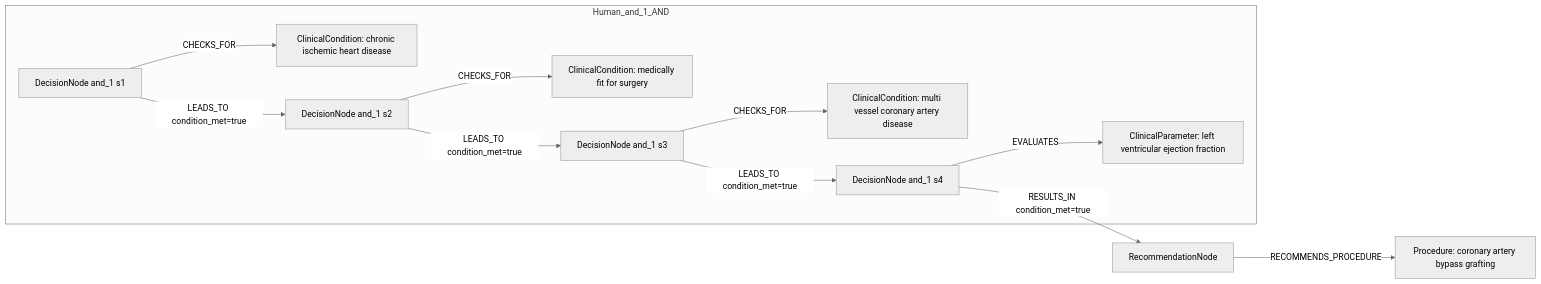
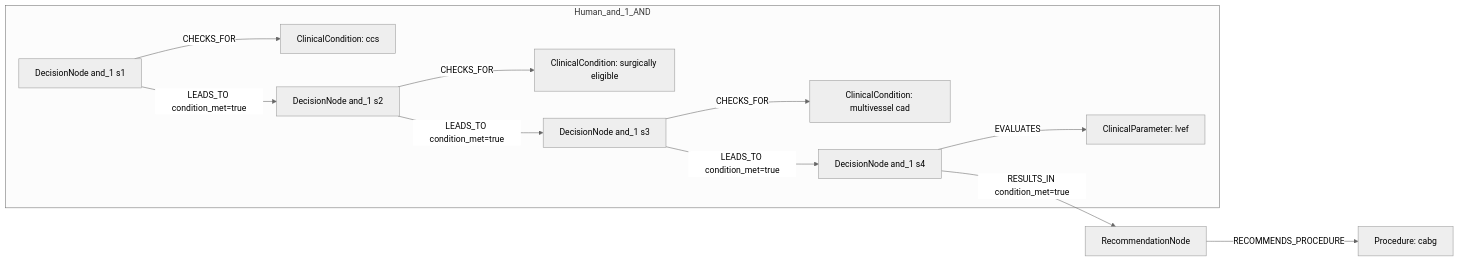
One commit to dieterich-lab/CardioGuidelinesGraph changed the first of 2 diagrams in docs/table22_rows_comparison/row_10.md. Above: the diagram before and after it, drawn with Mermaid (neutral theme). The commit also changed other lines of this file and 20 other files, not shown here.

````diff
--- a/docs/table22_rows_comparison/row_10.md
+++ b/docs/table22_rows_comparison/row_10.md
@@ -285,24 +299,24 @@
 ```mermaid
 graph LR
   REC[RecommendationNode]
-  ACT1[Procedure: coronary artery bypass grafting]
+  ACT1[Procedure: cabg]
   REC -->|RECOMMENDS_PROCEDURE| ACT1
   subgraph Human_and_1_AND
     D_and_1_1[DecisionNode and_1 s1]
-    C_and_1_1[ClinicalCondition: chronic ischemic heart disease]
+    C_and_1_1[ClinicalCondition: ccs]
     D_and_1_1 -->|CHECKS_FOR| C_and_1_1
     D_and_1_2[DecisionNode and_1 s2]
-    C_and_1_2[ClinicalCondition: medically fit for surgery]
+    C_and_1_2[ClinicalCondition: surgically eligible]
     D_and_1_2 -->|CHECKS_FOR| C_and_1_2
     D_and_1_3[DecisionNode and_1 s3]
-    C_and_1_3[ClinicalCondition: multi vessel coronary artery disease]
+    C_and_1_3[ClinicalCondition: multivessel cad]
     D_and_1_3 -->|CHECKS_FOR| C_and_1_3
     D_and_1_4[DecisionNode and_1 s4]
-    C_and_1_4[ClinicalParameter: left ventricular ejection fraction]
+    C_and_1_4[ClinicalParameter: lvef]
     D_and_1_4 -->|EVALUATES| C_and_1_4
     D_and_1_1 -->|LEADS_TO condition_met=true| D_and_1_2
     D_and_1_2 -->|LEADS_TO condition_met=true| D_and_1_3
     D_and_1_3 -->|LEADS_TO condition_met=true| D_and_1_4
   end
   D_and_1_4 -->|RESULTS_IN condition_met=true| REC
 ```
````
